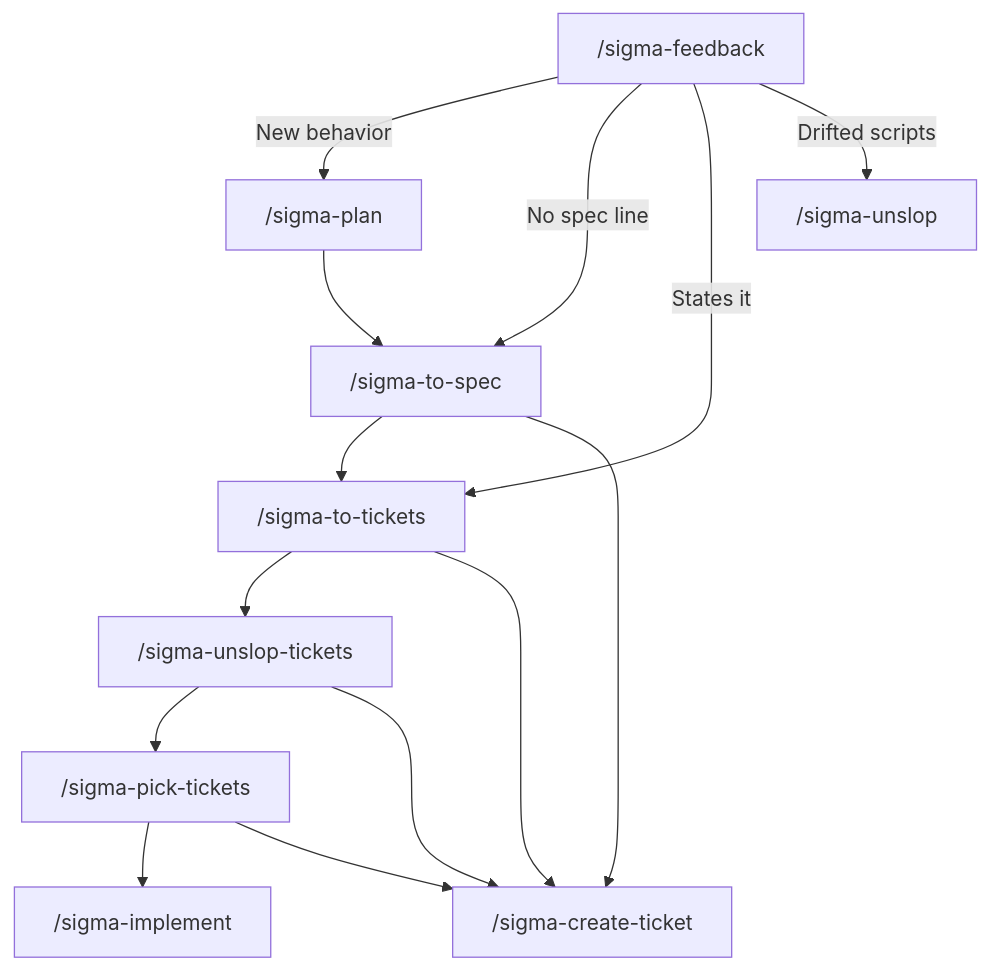
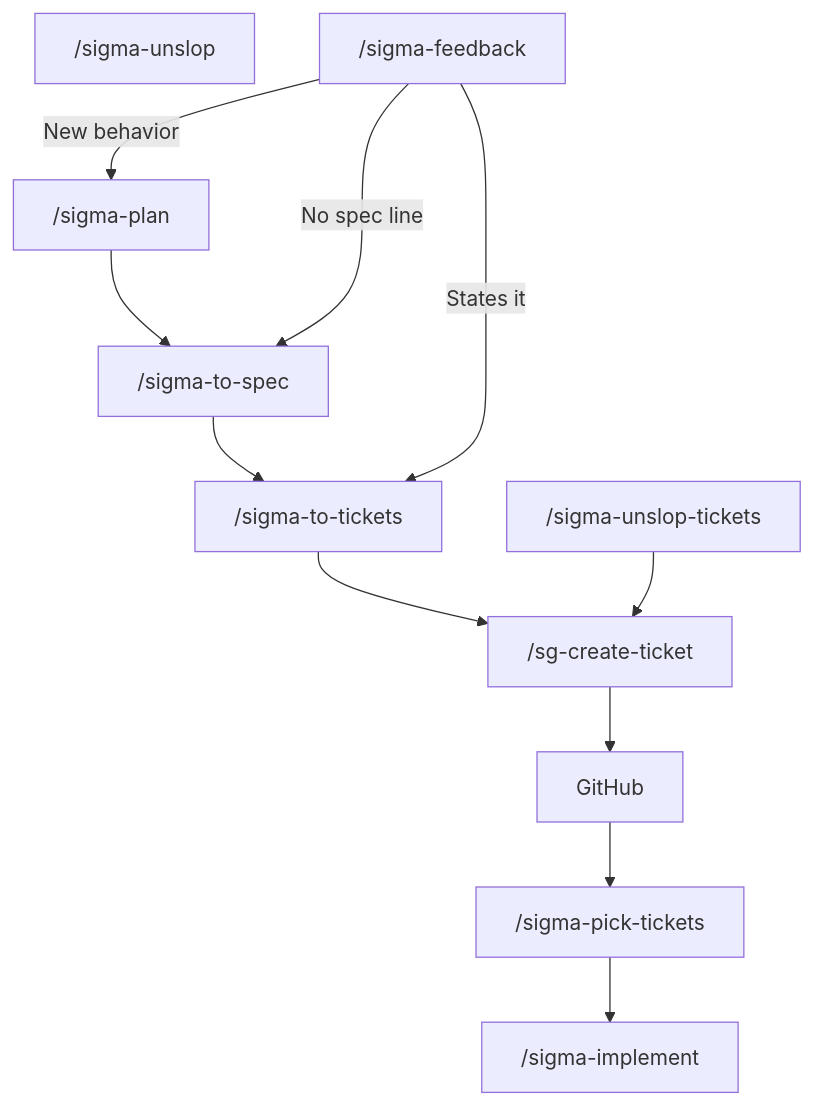
The second of 3 diagrams in README.md (sigma-michael/sigma-build-factory), drawn with Mermaid before and after one commit. The commit also changed other lines of this file and 18 other files, not shown here.

````diff
--- a/README.md
+++ b/README.md
@@ -61,16 +61,14 @@
 ```mermaid
 flowchart TD
+  unslop["/sigma-unslop"]
   feedback["/sigma-feedback"] -->|New behavior| plan["/sigma-plan"]
-  feedback -->|No spec line| spec["/sigma-to-spec"]
-  feedback -->|States it| tickets["/sigma-to-tickets"]
-  feedback -->|Drifted scripts| unslop["/sigma-unslop"]
-  plan --> spec
-  spec --> tickets
-  tickets --> clean["/sigma-unslop-tickets"]
-  clean --> pick["/sigma-pick-tickets"]
+  plan --> spec["/sigma-to-spec"]
+  feedback -->|No spec line| spec
+  spec --> tickets["/sigma-to-tickets"]
+  feedback -->|States it| tickets
+  tickets --> file["/sg-create-ticket"]
+  clean["/sigma-unslop-tickets"] --> file
+  file --> gh["GitHub"]
+  gh --> pick["/sigma-pick-tickets"]
   pick --> impl["/sigma-implement"]
-  spec --> file["/sigma-create-ticket"]
-  tickets --> file
-  clean --> file
-  pick --> file
 ```
````
